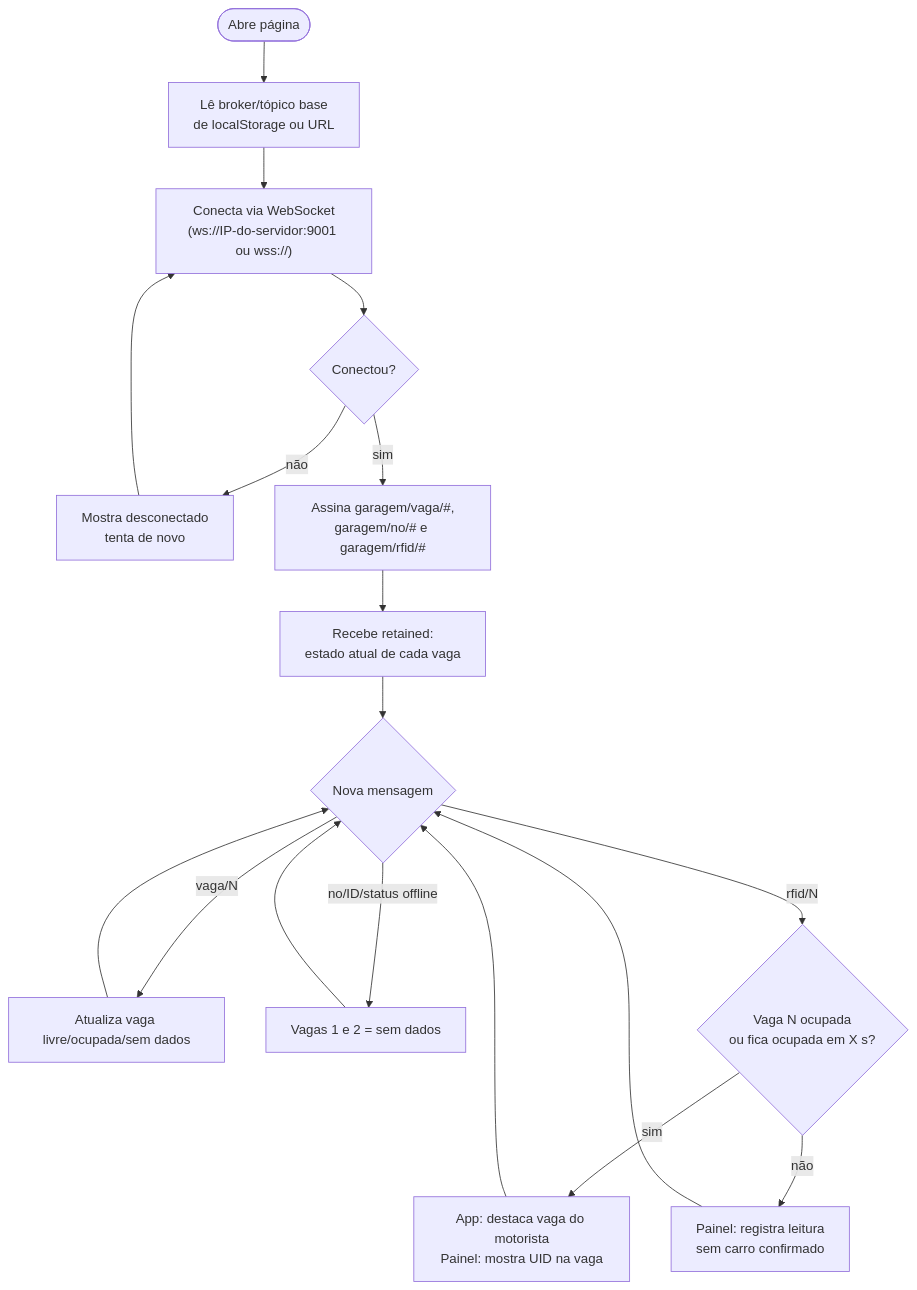
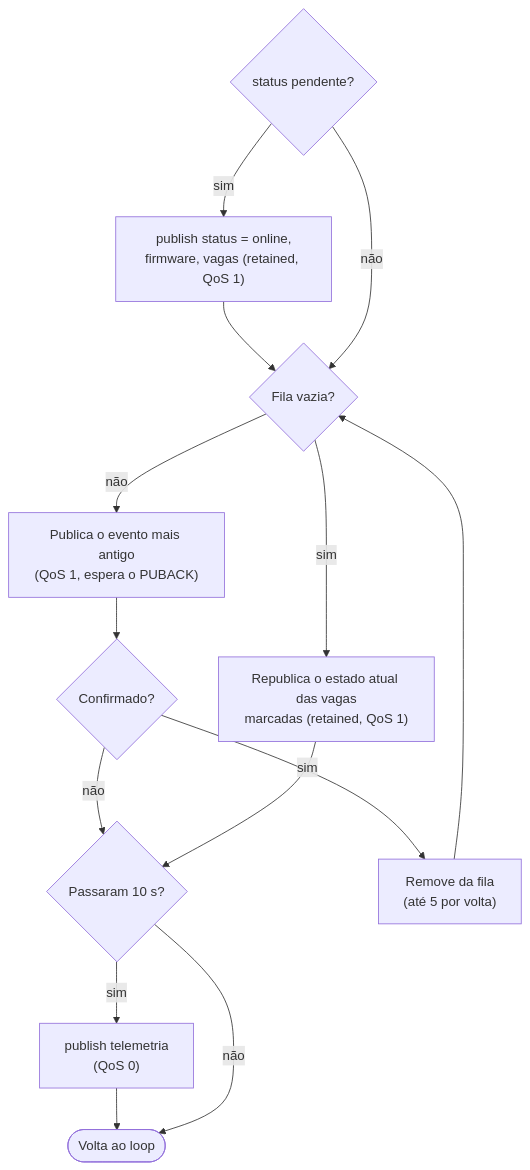
The eighth of 8 diagrams in docs/fluxograma-firmware.md (VynicyusCandido/iotHorangoTango), drawn with Mermaid before and after one commit. The commit also changed other lines of this file and 6 other files, not shown here.

First line of the commit message:
Migrate firmware to MQTT contract v1 with offline event queue

````diff
--- a/docs/fluxograma-firmware.md
+++ b/docs/fluxograma-firmware.md
@@ -140,19 +170,13 @@
 ```mermaid
 flowchart TD
-    A([Abre página]) --> B[Lê broker/tópico base<br/>de localStorage ou URL]
-    B --> C["Conecta via WebSocket<br/>(ws://IP-do-servidor:9001 ou wss://)"]
-    C --> D{Conectou?}
-    D -- não --> E[Mostra desconectado<br/>tenta de novo] --> C
-    D -- sim --> F["Assina garagem/vaga/#,<br/>garagem/no/# e garagem/rfid/#"]
-    F --> G[Recebe retained:<br/>estado atual de cada vaga]
-    G --> H{Nova mensagem}
-    H -- "vaga/N" --> I[Atualiza vaga livre/ocupada/sem dados]
-    H -- "no/ID/status offline" --> K[Vagas 1 e 2 = sem dados]
-    H -- "rfid/N" --> J{Vaga N ocupada<br/>ou fica ocupada em X s?}
-    J -- sim --> J1[App: destaca vaga do motorista<br/>Painel: mostra UID na vaga]
-    J -- não --> J2[Painel: registra leitura<br/>sem carro confirmado]
-    I --> H
-    K --> H
-    J1 --> H
-    J2 --> H
+    A{status pendente?} -- sim --> A1["publish status = online,<br/>firmware, vagas (retained, QoS 1)"] --> B
+    A -- não --> B
+    B{Fila vazia?} -- não --> C["Publica o evento mais antigo<br/>(QoS 1, espera o PUBACK)"]
+    C --> D{Confirmado?}
+    D -- não --> T
+    D -- sim --> E["Remove da fila<br/>(até 5 por volta)"] --> B
+    B -- sim --> R["Republica o estado atual das vagas<br/>marcadas (retained, QoS 1)"]
+    R --> T{Passaram 10 s?}
+    T -- sim --> T1["publish telemetria<br/>(QoS 0)"] --> Z([Volta ao loop])
+    T -- não --> Z
 ```
````
